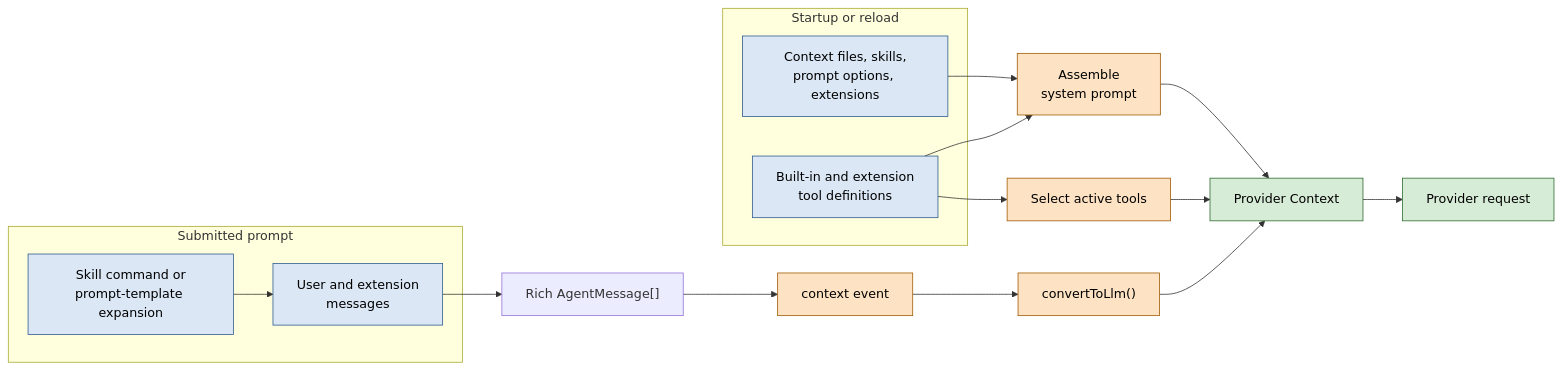
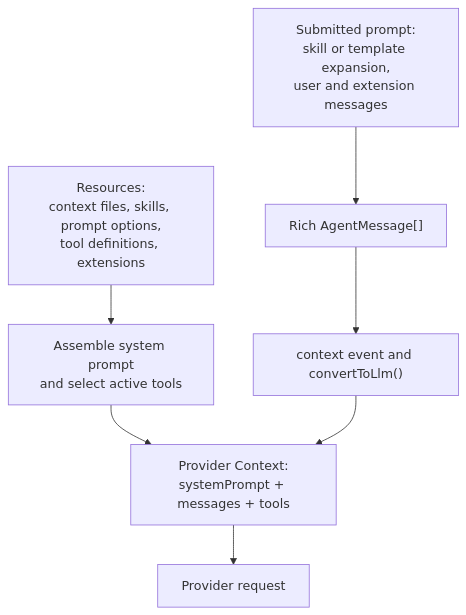
One commit to lukechen526/pi changed the second of 8 diagrams in developer-guide/06-lifecycle-and-hooks.qmd. Above: the diagram before and after it, drawn with Mermaid. The commit also changed other lines of this file and 4 other files, not shown here.

Commit message:
docs(coding-agent): explain sessions and extension lifecycle

````diff
--- a/developer-guide/06-lifecycle-and-hooks.qmd
+++ b/developer-guide/06-lifecycle-and-hooks.qmd
@@ -100,28 +93,14 @@
 ```{mermaid}
 %%| label: fig-model-context-assembly
 %%| fig-cap: "Model-context assembly. Resource discovery and input expansion happen before a run; messages are transformed and converted before every provider request."
-flowchart LR
-  subgraph START["Startup or reload"]
-    R["Context files, skills,<br/>prompt options, extensions"]
-    T["Built-in and extension<br/>tool definitions"]
-  end
-  subgraph INPUT["Submitted prompt"]
-    I["Skill command or<br/>prompt-template expansion"]
-    U["User and extension<br/>messages"]
-  end
-  R --> SP["Assemble<br/>system prompt"]
-  T --> SP
-  T --> AT["Select active tools"]
-  I --> U
-  U --> M["Rich AgentMessage[]"]
-  SP --> C["Provider Context"]
-  AT --> C
-  M --> X["context event"] --> L["convertToLlm()"] --> C
+%%| fig-width: 5.8
+flowchart TD
+  R["Resources:<br/>context files, skills, prompt options,<br/>tool definitions, extensions"]
+  R --> S["Assemble system prompt<br/>and select active tools"]
+  I["Submitted prompt:<br/>skill or template expansion,<br/>user and extension messages"]
+  I --> M["Rich AgentMessage[]"]
+  M --> L["context event and convertToLlm()"]
+  S --> C["Provider Context:<br/>systemPrompt + messages + tools"]
+  L --> C
   C --> P["Provider request"]
-  classDef source fill:#dbe7f5,stroke:#2f5b8f,color:#000000
-  classDef boundary fill:#fde2c4,stroke:#a05a00,color:#000000
-  classDef output fill:#d7ecd7,stroke:#2e6b2e,color:#000000
-  class R,T,I,U source
-  class SP,AT,X,L boundary
-  class C,P output
 ```
````
